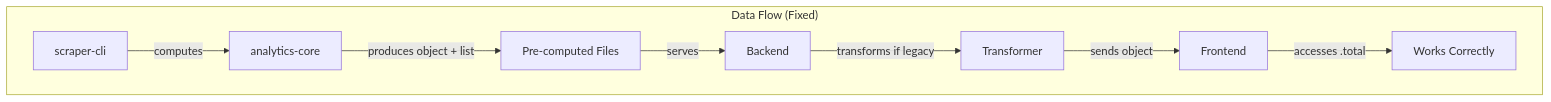
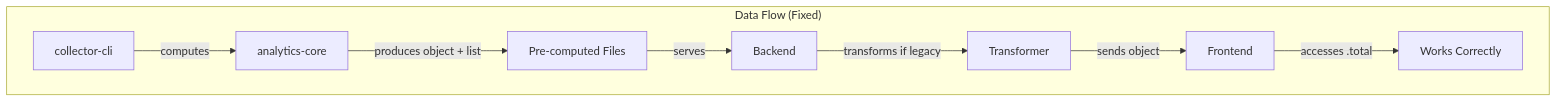
One commit to rservant/toast-stats changed the second of 2 diagrams in .kiro/specs-archive/distinguished-clubs-type-fix/design.md. Above: the diagram before and after it, drawn with Mermaid. The commit also changed other lines of this file and 267 other files, not shown here.

First line of the commit message:
refactor: rename scraper-cli to collector-cli across the codebase (#99)

````diff
--- a/.kiro/specs-archive/distinguished-clubs-type-fix/design.md
+++ b/.kiro/specs-archive/distinguished-clubs-type-fix/design.md
@@ -27,11 +27,11 @@
 ```mermaid
 flowchart TB
     subgraph "Data Flow (Fixed)"
-        SC2[scraper-cli] --> |computes| AC2[analytics-core]
+        SC2[collector-cli] --> |computes| AC2[analytics-core]
         AC2 --> |produces object + list| PF2[Pre-computed Files]
         PF2 --> |serves| BE2[Backend]
         BE2 --> |transforms if legacy| TR[Transformer]
         TR --> |sends object| FE2[Frontend]
         FE2 --> |accesses .total| OK[Works Correctly]
     end
 ```
````
